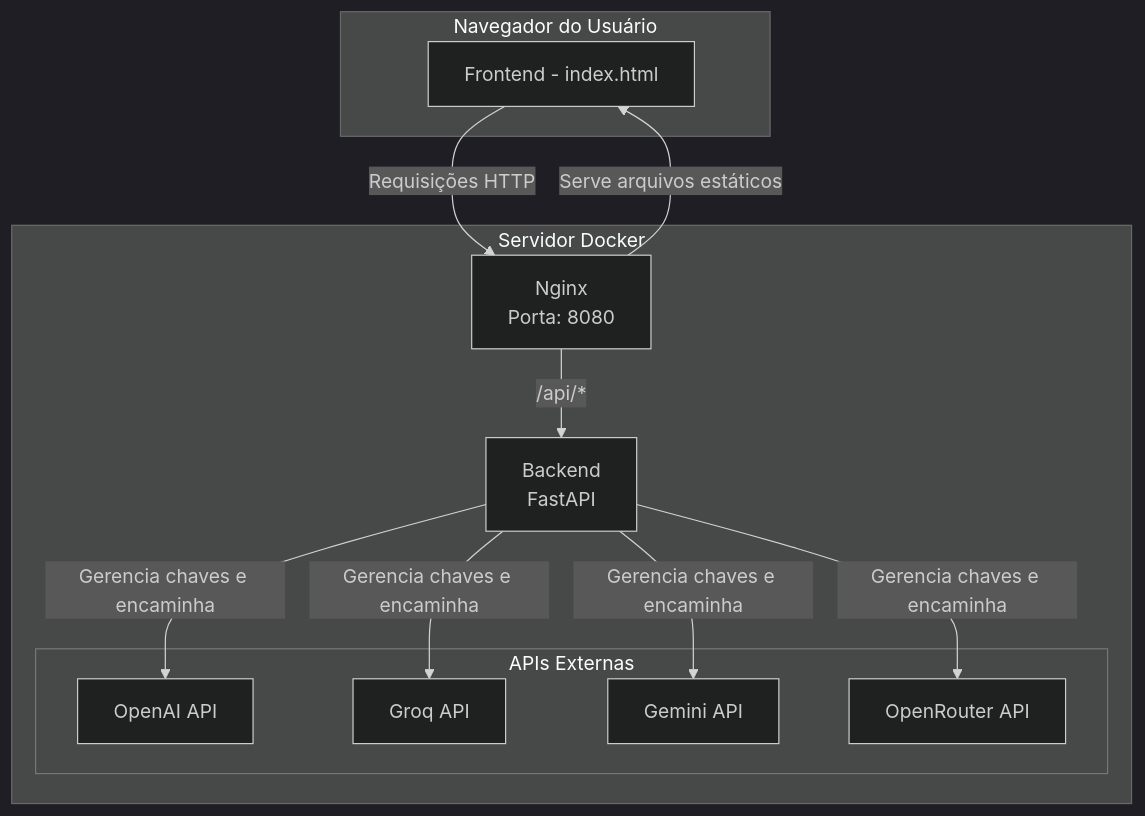
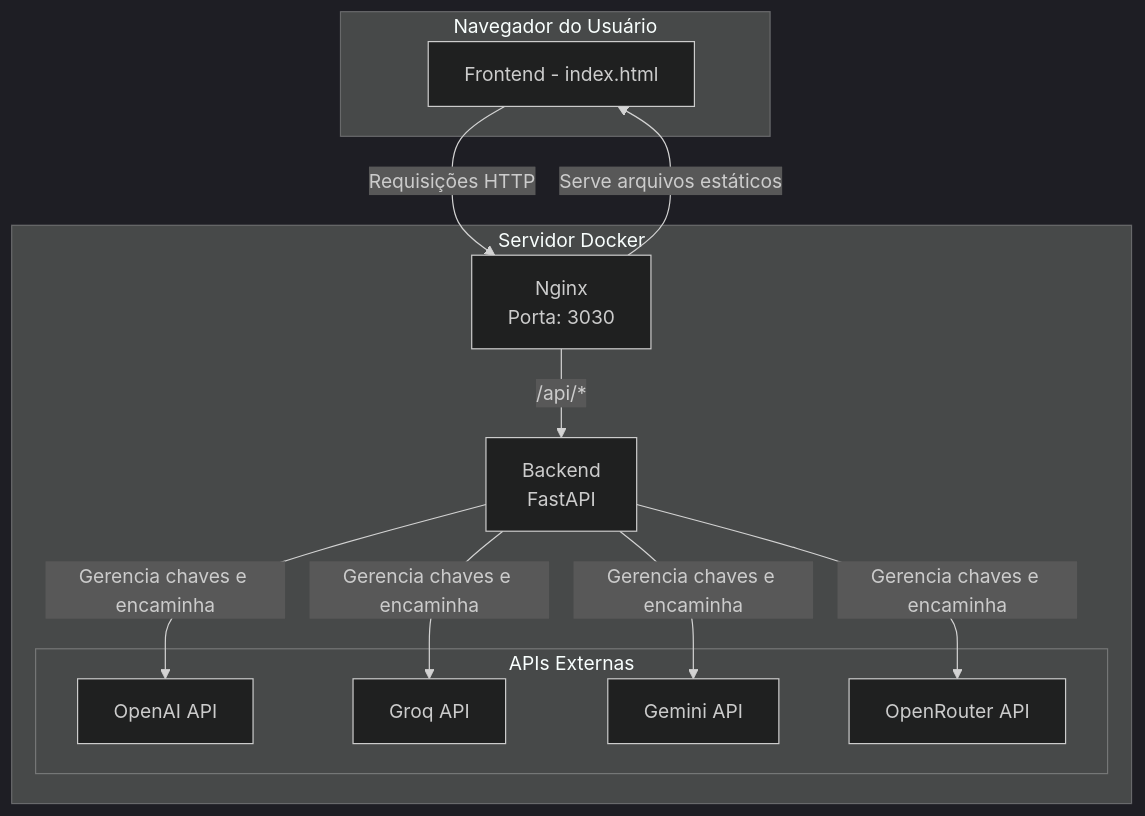
One commit to Jailtonfonseca/pro-study-guide changed the diagram in README.pt-br.md. Above: the diagram before and after it, drawn with Mermaid (dark theme). The commit also changed other lines of this file and 3 other files, not shown here.

````diff
--- a/README.pt-br.md
+++ b/README.pt-br.md
@@ -18,26 +18,26 @@
 ```mermaid
 graph TD
     subgraph "Navegador do Usuário"
         A[Frontend - index.html]
     end
 
     subgraph "Servidor Docker"
-        B[Nginx <br> Porta: 8080]
+        B[Nginx <br> Porta: 3030]
         C[Backend <br> FastAPI]
 
         subgraph "APIs Externas"
             D[OpenAI API]
             E[Groq API]
             F[Gemini API]
             G[OpenRouter API]
         end
     end
 
     A -- Requisições HTTP --> B
     B -- Serve arquivos estáticos --> A
     B -- /api/* --> C
     C -- Gerencia chaves e encaminha --> D
     C -- Gerencia chaves e encaminha --> E
     C -- Gerencia chaves e encaminha --> F
     C -- Gerencia chaves e encaminha --> G
 ```
````
